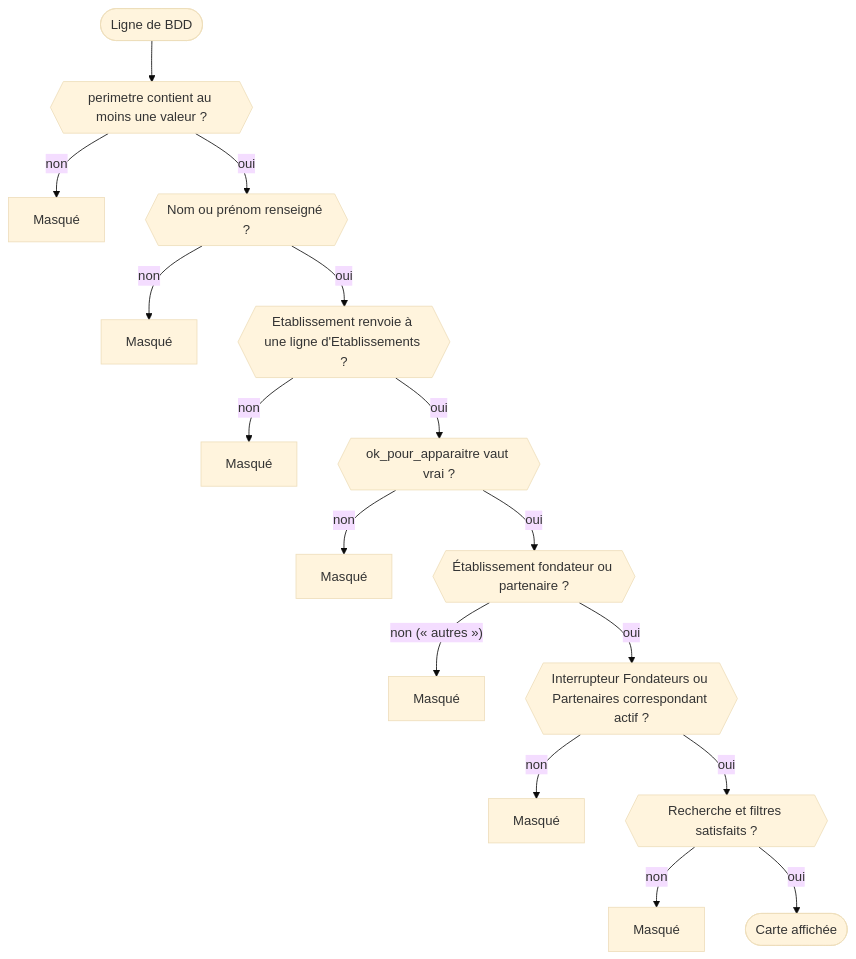
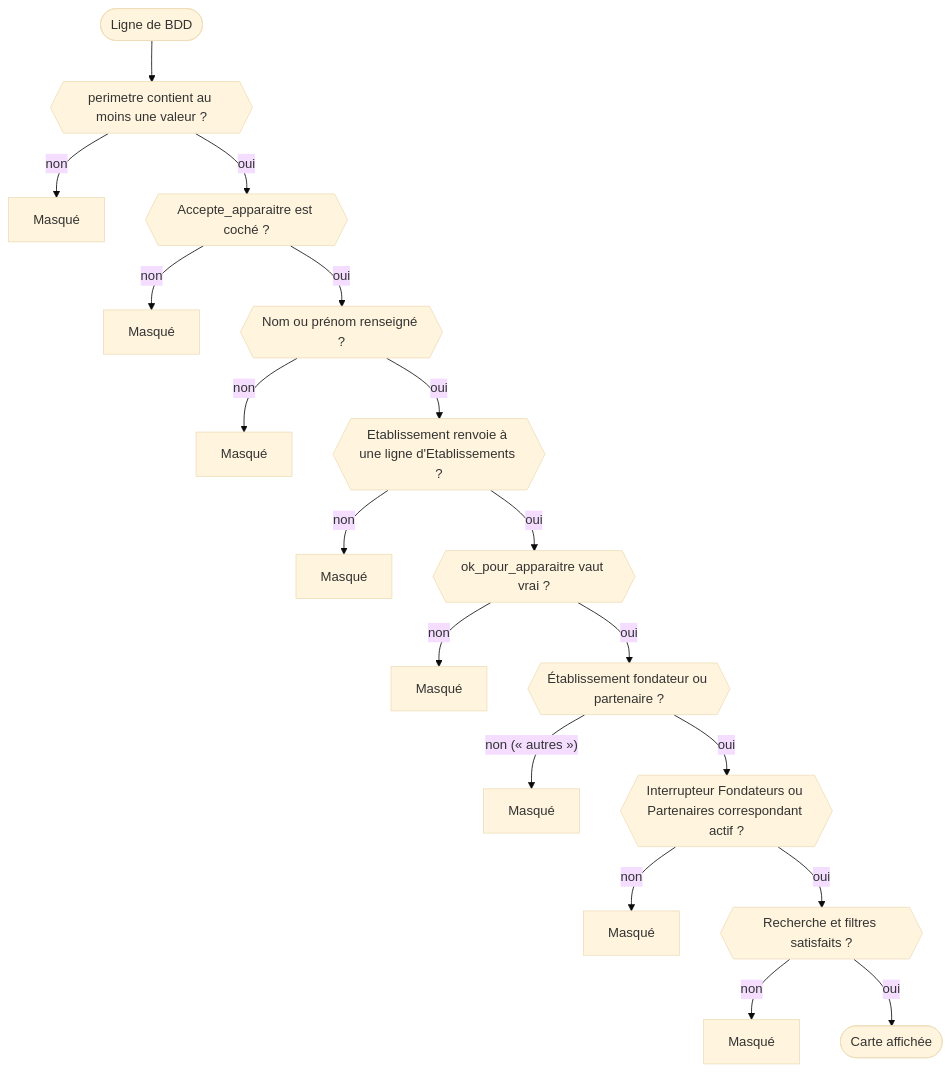
One commit to lombre33/Annuaire_PUI_Bordeaux changed the fourth of 5 diagrams in docs/developpeurs.md. Above: the diagram before and after it, drawn with Mermaid (base theme). The commit also changed other lines of this file and 11 other files, not shown here.

````diff
--- a/docs/developpeurs.md
+++ b/docs/developpeurs.md
@@ -177,18 +196,20 @@
 ```mermaid
 flowchart TD
     A(["Ligne de BDD"]) --> B{{"perimetre contient au moins une valeur ?"}}
     B -- non --> X1["Masqué"]
-    B -- oui --> C{{"Nom ou prénom renseigné ?"}}
-    C -- non --> X2["Masqué"]
+    B -- oui --> P{{"Accepte_apparaitre est coché ?"}}
+    P -- non --> X2["Masqué"]
+    P -- oui --> C{{"Nom ou prénom renseigné ?"}}
+    C -- non --> X3["Masqué"]
     C -- oui --> D{{"Etablissement renvoie à une ligne d'Etablissements ?"}}
-    D -- non --> X3["Masqué"]
+    D -- non --> X4["Masqué"]
     D -- oui --> E{{"ok_pour_apparaitre vaut vrai ?"}}
-    E -- non --> X4["Masqué"]
+    E -- non --> X5["Masqué"]
     E -- oui --> F{{"Établissement fondateur ou partenaire ?"}}
-    F -- "non (« autres »)" --> X5["Masqué"]
+    F -- "non (« autres »)" --> X6["Masqué"]
     F -- oui --> G{{"Interrupteur Fondateurs ou Partenaires correspondant actif ?"}}
-    G -- non --> X6["Masqué"]
+    G -- non --> X7["Masqué"]
     G -- oui --> H{{"Recherche et filtres satisfaits ?"}}
-    H -- non --> X7["Masqué"]
+    H -- non --> X8["Masqué"]
     H -- oui --> V(["Carte affichée"])
 ```
````
